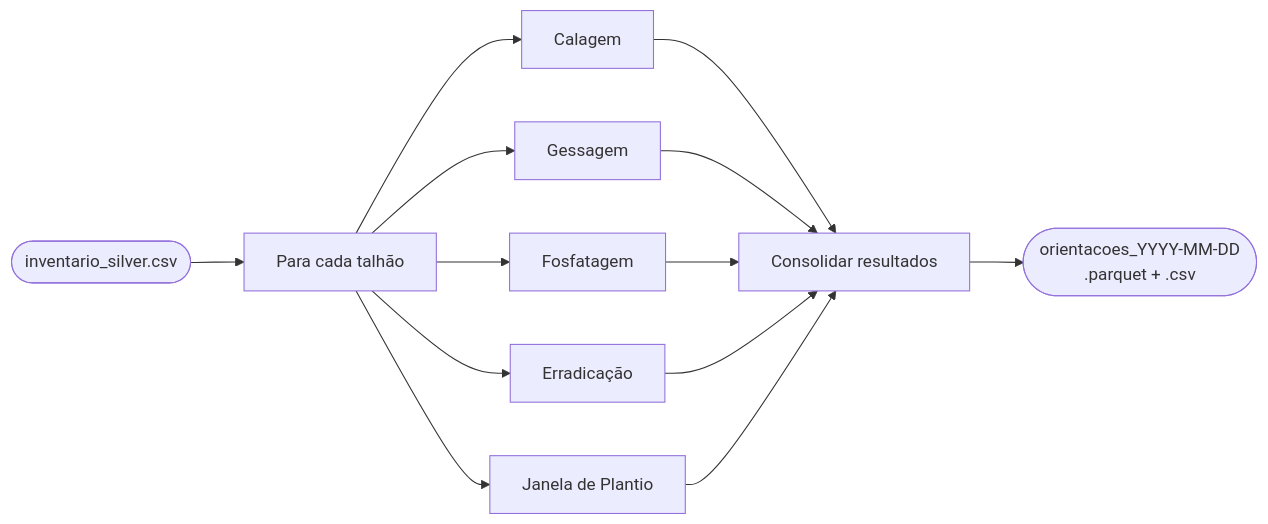
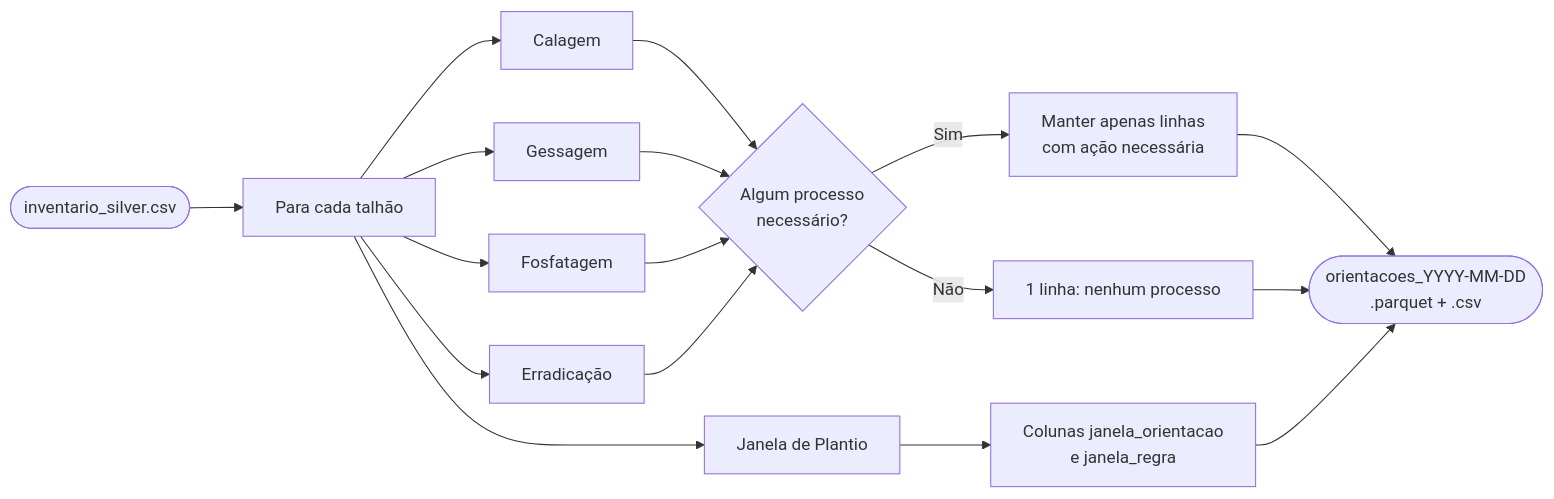
Before and after one commit to AgroTech-Inteli-ATI/2026_01_Atvos_G2: the first of 6 diagrams in docs/docs/Sprint 2/motor-de-regras-gold.md, drawn with Mermaid. The commit also changed other lines of this file, not shown here.

````diff
--- a/docs/docs/Sprint 2/motor-de-regras-gold.md
+++ b/docs/docs/Sprint 2/motor-de-regras-gold.md
@@ -22,11 +22,14 @@
 ```mermaid
 flowchart LR
     A([inventario_silver.csv]) --> B[Para cada talhão]
     B --> C[Calagem]
     B --> D[Gessagem]
     B --> E[Fosfatagem]
     B --> F[Erradicação]
     B --> G[Janela de Plantio]
-    C & D & E & F & G --> H[Consolidar resultados]
-    H --> I([orientacoes_YYYY-MM-DD\n.parquet + .csv])
+    C & D & E & F --> H{Algum processo\nnecessário?}
+    H -- Sim --> I[Manter apenas linhas\ncom ação necessária]
+    H -- Não --> J[1 linha: nenhum processo]
+    G --> K[Colunas janela_orientacao\ne janela_regra]
+    I & J & K --> L([orientacoes_YYYY-MM-DD\n.parquet + .csv])
 ```
````
